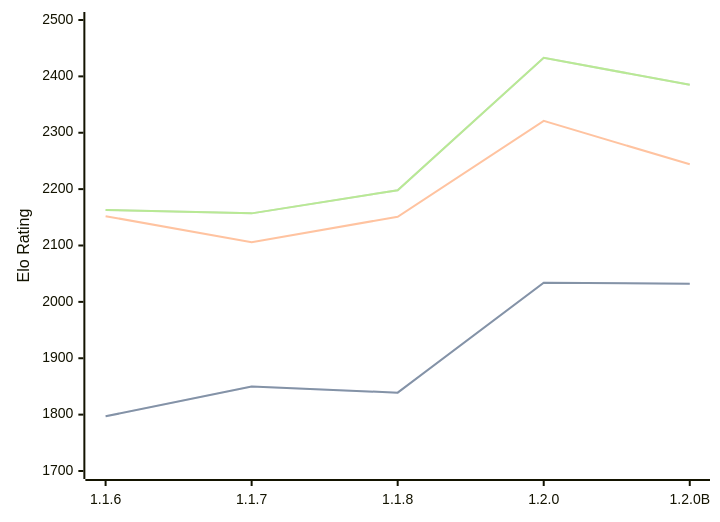
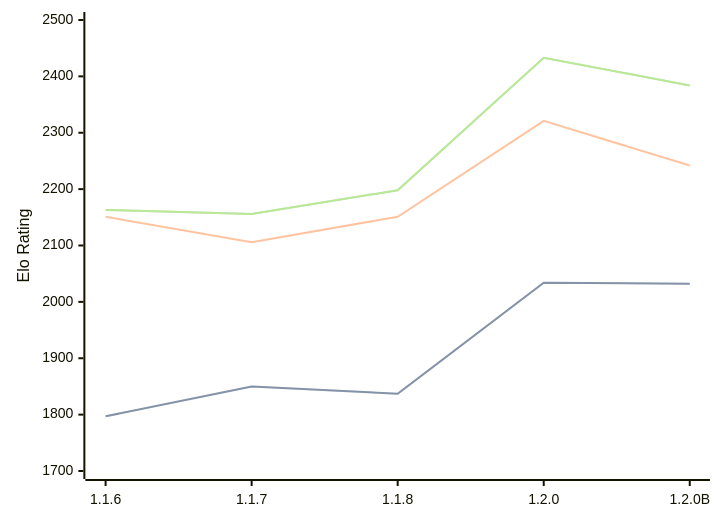
Before and after one commit to computer-chess-index/cci: the diagram in engines/Soomi.md, drawn with Mermaid. The commit also changed other lines of this file, not shown here.

Commit message:
Update CCI Ratings (ELO VLTC) - 2026-10-01

````diff
--- a/engines/Soomi.md
+++ b/engines/Soomi.md
@@ -35,11 +35,11 @@
 ```mermaid
 %%{init: {"theme":"base","themeVariables":{"seriesColors:['#a3a3a3','#222221','#faa371']}}}%%
 xychart-beta
   x-axis ["1.1.6", "1.1.7", "1.1.8", "1.2.0", "1.2.0B"]
   y-axis "Elo Rating" 1700 --> 2500
-  line "" [1797, 1850, 1839, 2034, 2032]
-  line "STC (8.0+0.08s)" [1797, 1850, 1839, 2034, 2032]
-  line "LTC (60.0+0.60s)" [2152, 2106, 2151, 2321, 2244]
-  line "" [2163, 2157, 2198, 2433, 2385]
-  line "VLTC (2m24s+1.12s)" [2163, 2157, 2198, 2433, 2385]
+  line "" [1797, 1850, 1837, 2034, 2032]
+  line "STC (8.0+0.08s)" [1797, 1850, 1837, 2034, 2032]
+  line "LTC (60.0+0.60s)" [2151, 2106, 2151, 2321, 2242]
+  line "" [2163, 2156, 2198, 2433, 2384]
+  line "VLTC (2m24s+1.12s)" [2163, 2156, 2198, 2433, 2384]
 ```
````
